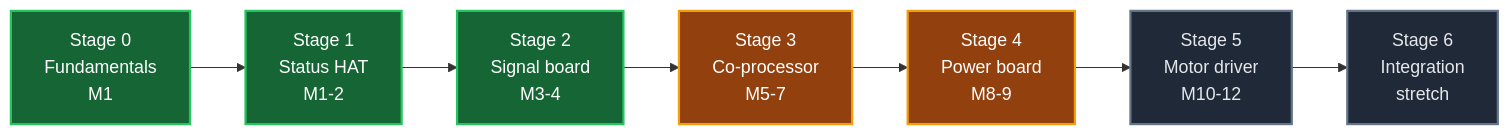
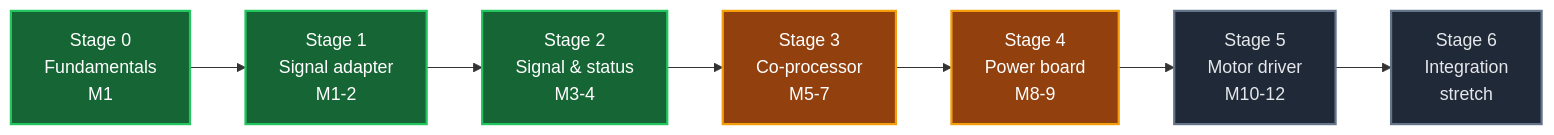
The diagram in docs/roadmap.md (AndyChen227/RoverSpine), drawn with Mermaid before and after one commit. The commit also changed other lines of this file and 11 other files, not shown here.

````diff
--- a/docs/roadmap.md
+++ b/docs/roadmap.md
@@ -509,16 +823,16 @@
 ```mermaid
 flowchart LR
-    S0["Stage 0<br/>Fundamentals<br/>M1"] --> S1["Stage 1<br/>Status HAT<br/>M1-2"]
-    S1 --> S2["Stage 2<br/>Signal board<br/>M3-4"]
+    S0["Stage 0<br/>Fundamentals<br/>M1"] --> S1["Stage 1<br/>Signal adapter<br/>M1-2"]
+    S1 --> S2["Stage 2<br/>Signal & status<br/>M3-4"]
     S2 --> S3["Stage 3<br/>Co-processor<br/>M5-7"]
     S3 --> S4["Stage 4<br/>Power board<br/>M8-9"]
     S4 --> S5["Stage 5<br/>Motor driver<br/>M10-12"]
     S5 --> S6["Stage 6<br/>Integration<br/>stretch"]
 
     classDef near fill:#166534,color:#fff,stroke:#22c55e,stroke-width:2px;
     classDef mid fill:#92400e,color:#fff,stroke:#f59e0b,stroke-width:2px;
     classDef far fill:#1f2937,color:#e5e7eb,stroke:#64748b,stroke-width:2px;
     class S0,S1,S2 near;
     class S3,S4 mid;
     class S5,S6 far;
 ```
````
